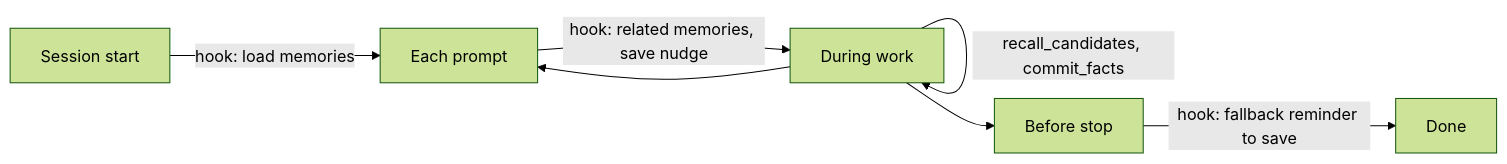
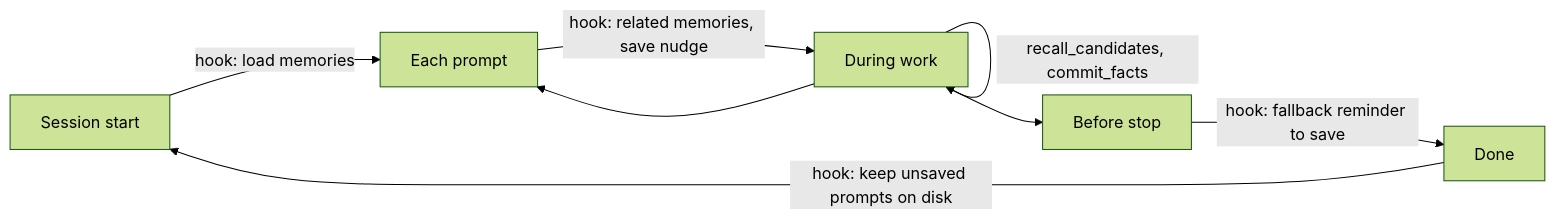
The second of 2 diagrams in README.md (arkrwn/memoryos), drawn with Mermaid (forest theme) before and after one commit. The commit also changed other lines of this file and 10 other files, not shown here.

First line of the commit message:
feat: hooks | keep typed prompts of a session that saved nothing, and show them once at the next session start

````diff
--- a/README.md
+++ b/README.md
@@ -164,9 +164,10 @@
 ```mermaid
 flowchart LR
     A[Session start] -->|hook: load memories| B[Each prompt]
     B -->|hook: related memories, save nudge| C[During work]
     C -->|recall_candidates, commit_facts| C
     C --> B
     C --> D[Before stop]
     D -->|hook: fallback reminder to save| E[Done]
+    E -->|hook: keep unsaved prompts on disk| A
 ```
````
